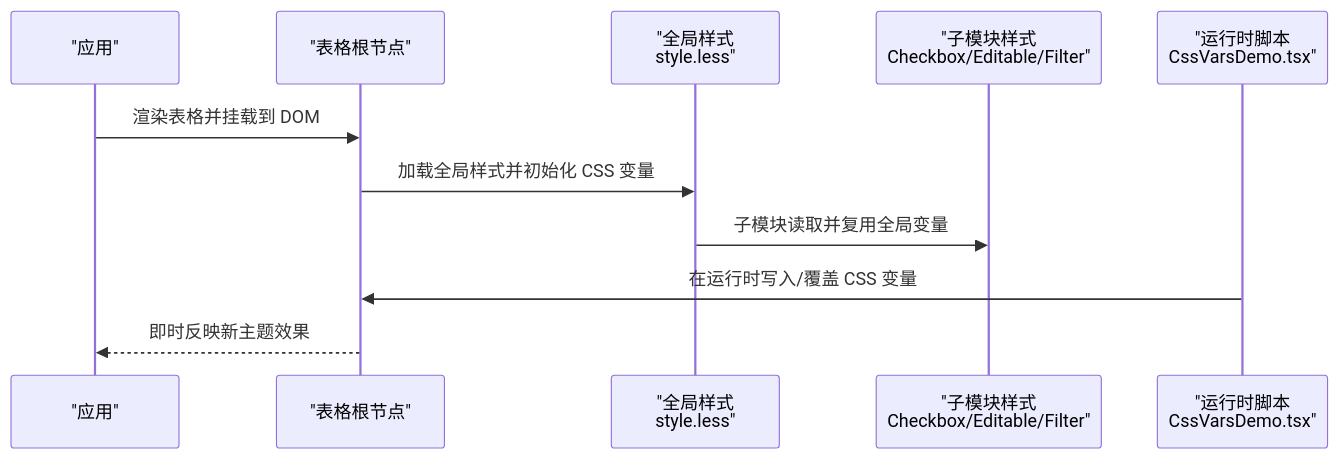
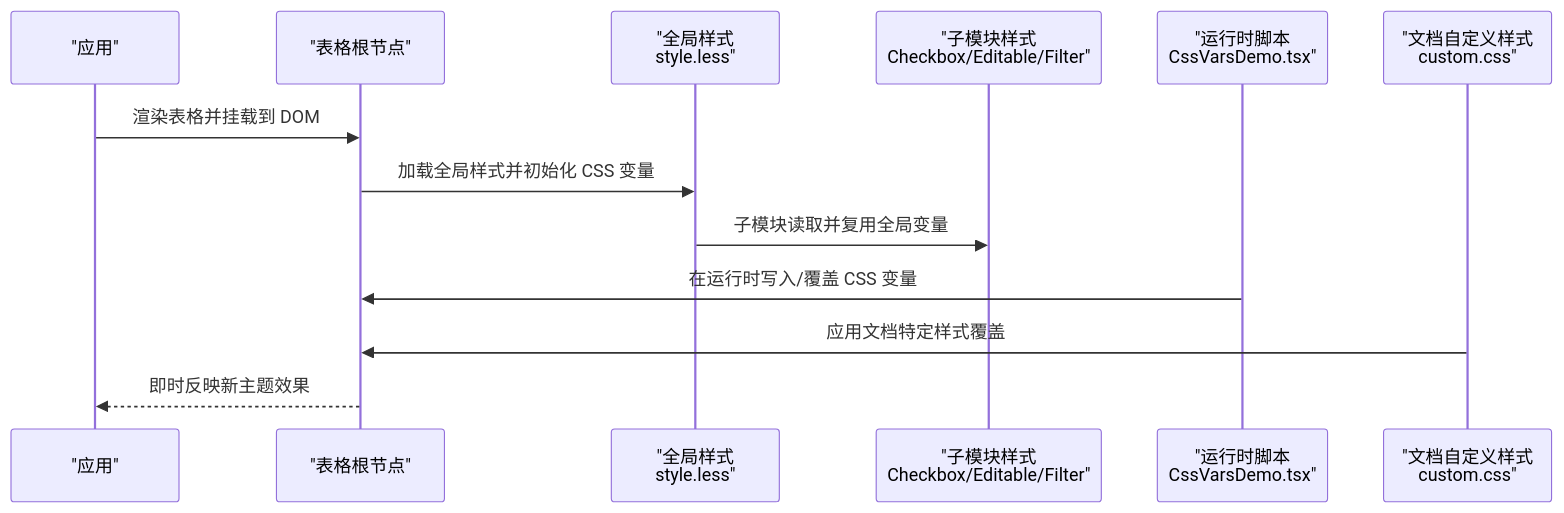
One commit to ja-plus/stk-table-react changed the second of 3 diagrams in .qoder/repowiki/zh/content/自定义与扩展/主题定制.md. Above: the diagram before and after it, drawn with Mermaid. The commit also changed other lines of this file and 4 other files, not shown here.

````diff
--- a/.qoder/repowiki/zh/content/自定义与扩展/主题定制.md
+++ b/.qoder/repowiki/zh/content/自定义与扩展/主题定制.md
@@ -89,13 +103,15 @@
 ```mermaid
 sequenceDiagram
 participant App as "应用"
 participant Root as "表格根节点"
 participant Global as "全局样式<br/>style.less"
 participant Module as "子模块样式<br/>Checkbox/Editable/Filter"
 participant Runtime as "运行时脚本<br/>CssVarsDemo.tsx"
+participant DocsCustom as "文档自定义样式<br/>custom.css"
 App->>Root : 渲染表格并挂载到 DOM
 Root->>Global : 加载全局样式并初始化 CSS 变量
 Global->>Module : 子模块读取并复用全局变量
 Runtime->>Root : 在运行时写入/覆盖 CSS 变量
+DocsCustom->>Root : 应用文档特定样式覆盖
 Root-->>App : 即时反映新主题效果
 ```
````
